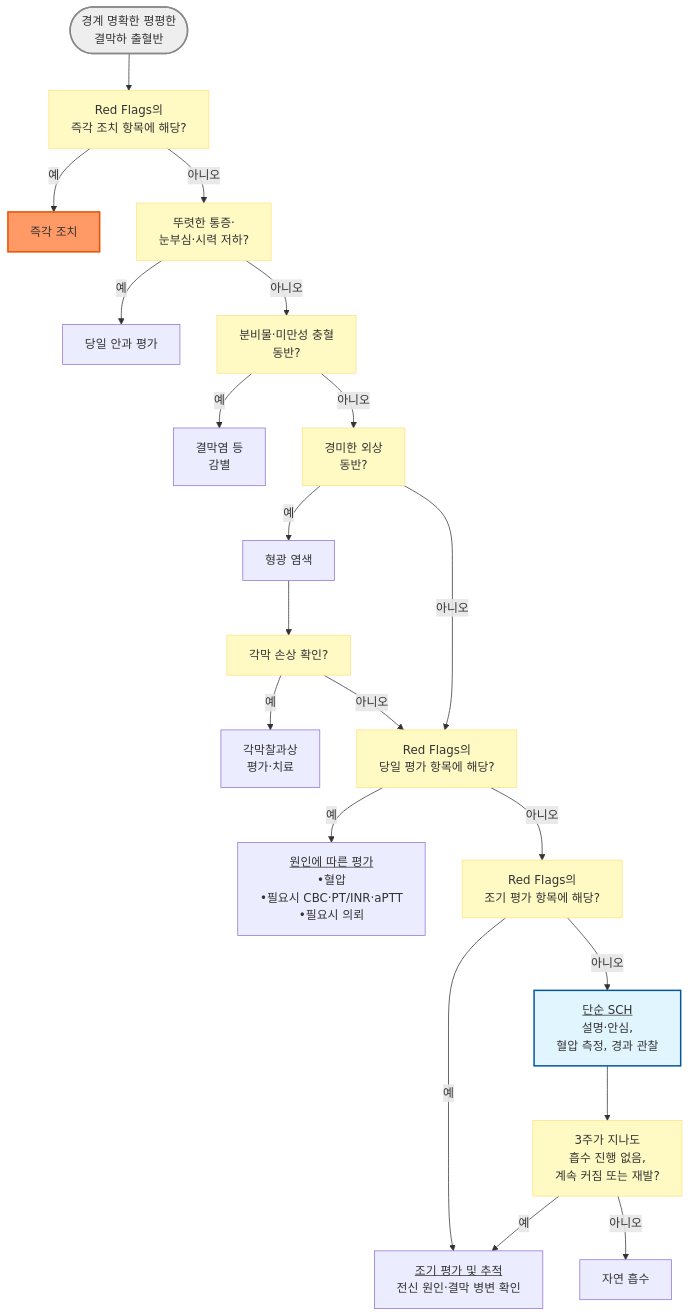
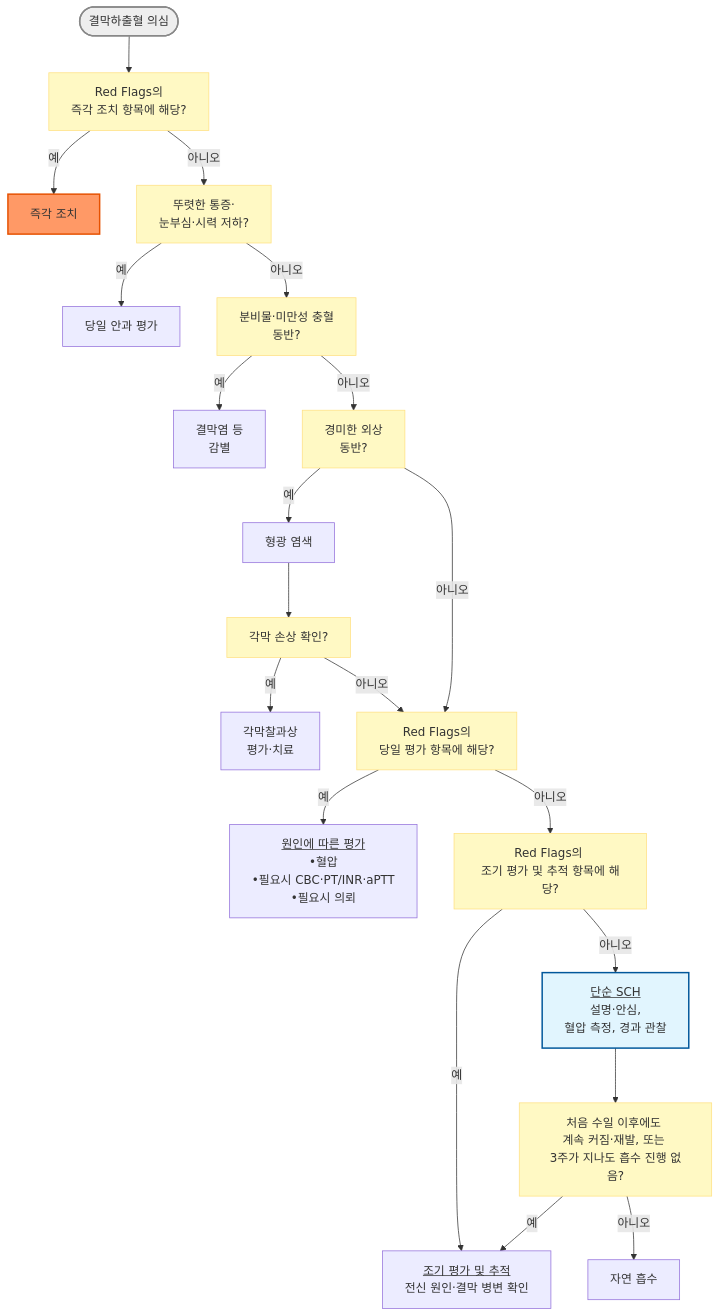
One commit to familyoh77/familyoh77 changed the diagram in 222_/044_-subconj-hemorrhage.md. Above: the diagram before and after it, drawn with Mermaid. The commit also changed other lines of this file, not shown here.

````diff
--- a/222_/044_-subconj-hemorrhage.md
+++ b/222_/044_-subconj-hemorrhage.md
@@ -88,27 +88,27 @@
 ```mermaid
 graph TD
-    Start(["경계 명확한 평평한 <br/>결막하 출혈반"]) --> Q1["Red Flags의 <br/>즉각 조치 항목에 해당?"]
+    Start(["결막하출혈 의심"]) --> Q1["Red Flags의 <br/>즉각 조치 항목에 해당?"]
     Q1 -- 예 --> R1["즉각 조치"]
     Q1 -- 아니오 --> Q2["뚜렷한 통증·<br/>눈부심·시력 저하?"]
     Q2 -- 예 --> R4["당일 안과 평가"]
     Q2 -- 아니오 --> Q2b["분비물·미만성 충혈 <br/>동반?"]
     Q2b -- 예 --> D1["결막염 등 <br/>감별"]
     Q2b -- 아니오 --> Q3["경미한 외상 <br/>동반?"]
     Q3 -- 예 --> F1["형광 염색"]
     F1 --> QF["각막 손상 확인?"]
     QF -- 예 --> C1["각막찰과상 <br/>평가·치료"]
     QF -- 아니오 --> Q4["Red Flags의 <br/>당일 평가 항목에 해당?"]
     Q3 -- 아니오 --> Q4
     Q4 -- 예 --> R2["<u>원인에 따른 평가</u><br/>•혈압<br/>•필요시 CBC·PT/INR·aPTT <br/>•필요시 의뢰"]
-    Q4 -- 아니오 --> Q4b["Red Flags의 <br/>조기 평가 항목에 해당?"]
+    Q4 -- 아니오 --> Q4b["Red Flags의 <br/>조기 평가 및 추적 항목에 해당?"]
     Q4b -- 예 --> R3["<u>조기 평가 및 추적</u><br/>전신 원인·결막 병변 확인"]
     Q4b -- 아니오 --> M1["<u>단순 SCH</u><br/>설명·안심, <br/>혈압 측정, 경과 관찰"]
-    M1 --> Q5["3주가 지나도 <br/>흡수 진행 없음,<br/>계속 커짐 또는 재발?"]
+    M1 --> Q5["처음 수일 이후에도 <br/>계속 커짐·재발, 또는 <br/>3주가 지나도 흡수 진행 없음?"]
     Q5 -- 예 --> R3
     Q5 -- 아니오 --> E1["자연 흡수"]
     style Start fill:#eeeeee,stroke:#888888,stroke-width:2px
     classDef yellow fill:#fff9c4,stroke:#ffe082
     class Q1,Q2,Q2b,Q3,QF,Q4,Q4b,Q5 yellow
     style R1 fill:#f96,stroke:#e65100,stroke-width:2px
     style M1 fill:#e1f5fe,stroke:#01579b,stroke-width:2px
 ```
````
